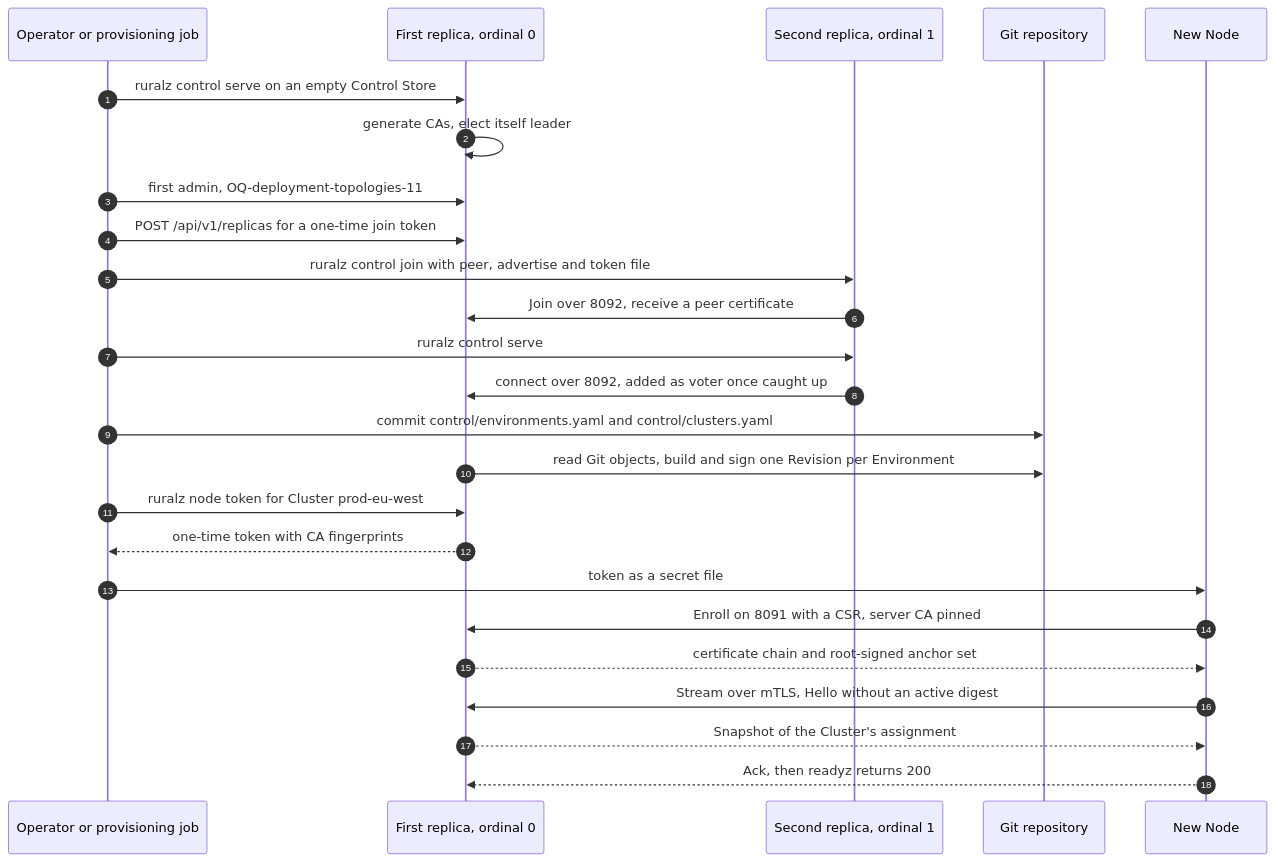
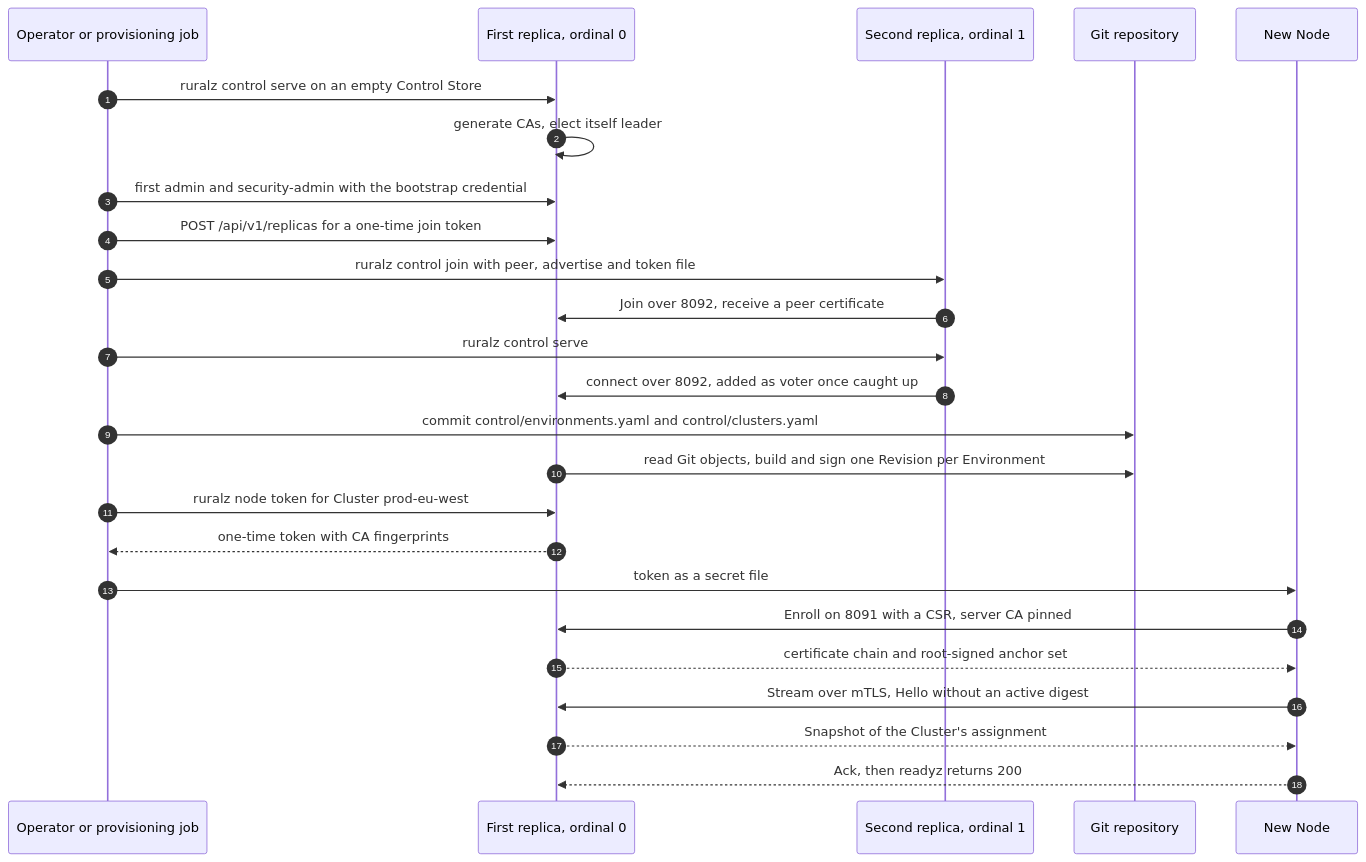
Before and after one commit to ravindu-rev/ruralz: the seventh of 7 diagrams in docs/operations/01-deployment-topologies.md, drawn with Mermaid. The commit also changed other lines of this file and 26 other files, not shown here.

````diff
--- a/docs/operations/01-deployment-topologies.md
+++ b/docs/operations/01-deployment-topologies.md
@@ -430,27 +430,27 @@
 ```mermaid
 sequenceDiagram
     autonumber
     participant Op as Operator or provisioning job
     participant R1 as First replica, ordinal 0
     participant R2 as Second replica, ordinal 1
     participant G as Git repository
     participant N as New Node
     Op->>R1: ruralz control serve on an empty Control Store
     R1->>R1: generate CAs, elect itself leader
-    Op->>R1: first admin, OQ-deployment-topologies-11
+    Op->>R1: first admin and security-admin with the bootstrap credential
     Op->>R1: POST /api/v1/replicas for a one-time join token
     Op->>R2: ruralz control join with peer, advertise and token file
     R2->>R1: Join over 8092, receive a peer certificate
     Op->>R2: ruralz control serve
     R2->>R1: connect over 8092, added as voter once caught up
     Op->>G: commit control/environments.yaml and control/clusters.yaml
     R1->>G: read Git objects, build and sign one Revision per Environment
     Op->>R1: ruralz node token for Cluster prod-eu-west
     R1-->>Op: one-time token with CA fingerprints
     Op->>N: token as a secret file
     N->>R1: Enroll on 8091 with a CSR, server CA pinned
     R1-->>N: certificate chain and root-signed anchor set
     N->>R1: Stream over mTLS, Hello without an active digest
     R1-->>N: Snapshot of the Cluster's assignment
     N-->>R1: Ack, then readyz returns 200
 ```
````
